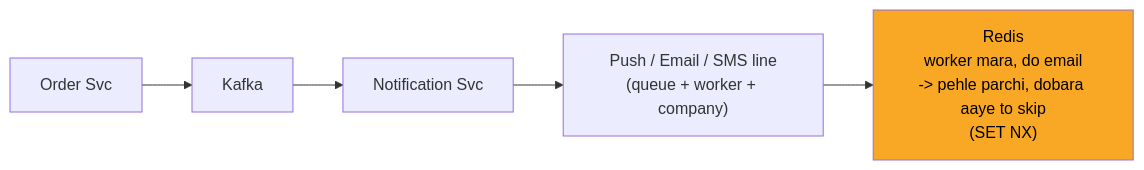
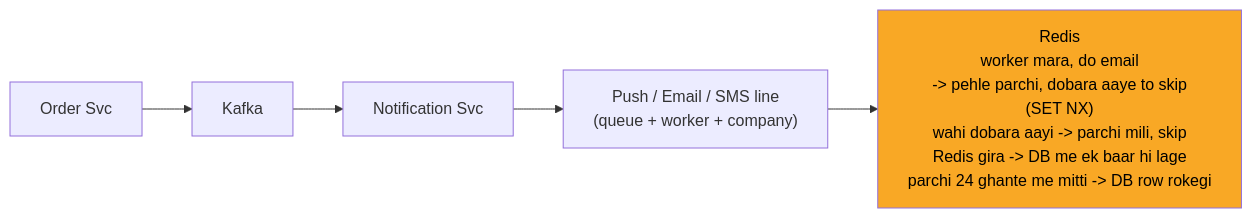
One commit to ArpanMaheshwari144/Prep changed the fourth of 13 diagrams in 04_HLD/SYSTEM_DESIGNS/04_notification_system/04_notification_system.md. Above: the diagram before and after it, drawn with Mermaid. The commit also changed other lines of this file and 12 other files, not shown here.

Commit message:
hld 02-14: peele dabbe me SAFAR ke mod + diagram chauda (wrappingWidth 450)

````diff
--- a/04_HLD/SYSTEM_DESIGNS/04_notification_system/04_notification_system.md
+++ b/04_HLD/SYSTEM_DESIGNS/04_notification_system/04_notification_system.md
@@ -172,13 +175,14 @@
 ```mermaid
+%%{init: {"flowchart": {"wrappingWidth": 450}}}%%
 flowchart LR
     n_Order_Svc["Order Svc"]
     n_Kafka["Kafka"]
     n_Notification_Svc["Notification Svc"]
     n_LINES["Push / Email / SMS line<br/>(queue + worker + company)"]
-    n_Redis["Redis<br/>worker mara, do email<br/>-> pehle parchi, dobara aaye to skip<br/>(SET NX)"]
+    n_Redis["Redis<br/>worker mara, do email<br/>-> pehle parchi, dobara aaye to skip<br/>(SET NX)<br/>wahi dobara aayi -> parchi mili, skip<br/>Redis gira -> DB me ek baar hi lage<br/>parchi 24 ghante me mitti -> DB row rokegi"]
     n_Order_Svc --> n_Kafka
     n_Kafka --> n_Notification_Svc
     n_Notification_Svc --> n_LINES
     n_LINES --> n_Redis
     style n_Redis fill:#f9a825,color:#000
 ```
````
